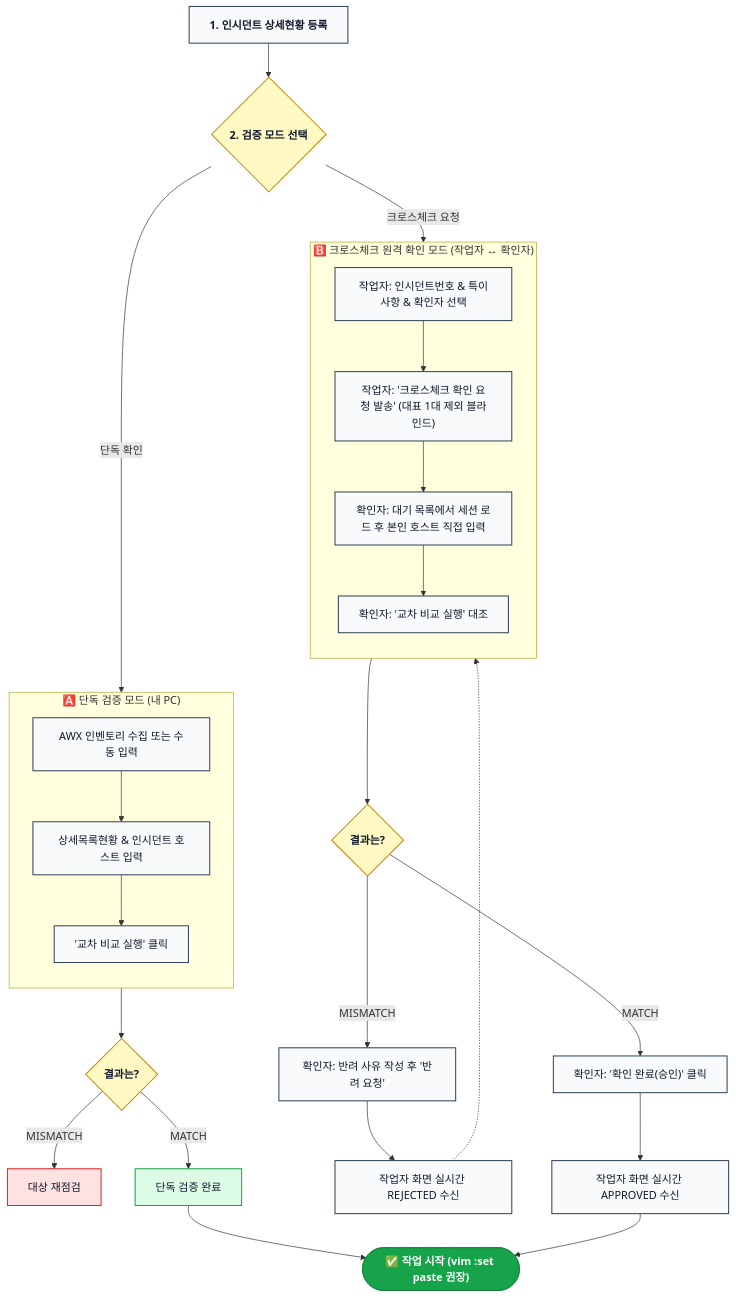
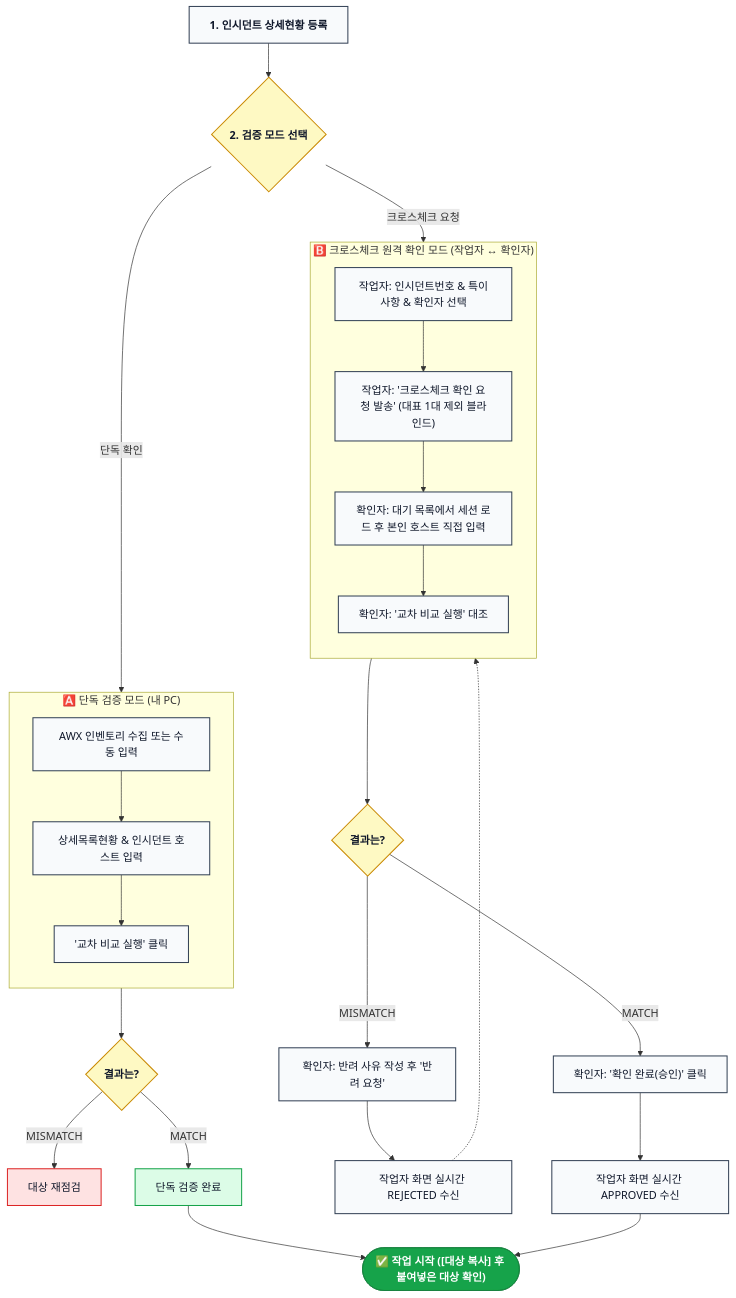
Before and after one commit to qazx2675/myrepo: the diagram in README.md, drawn with Mermaid. The commit also changed other lines of this file and 23 other files, not shown here.

````diff
--- a/README.md
+++ b/README.md
@@ -203,54 +206,54 @@
 ```mermaid
 flowchart TD
     S["<b>1. 인시던트 상세현황 등록</b>"] --> MODE{"<b>2. 검증 모드 선택</b>"}
 
     %% 단독 모드
     subgraph SINGLE ["🅰️ 단독 검증 모드 (내 PC)"]
         direction TB
         S1["AWX 인벤토리 수집 또는 수동 입력"]
         S2["상세목록현황 & 인시던트 호스트 입력"]
         S3["'교차 비교 실행' 클릭"]
         S1 --> S2 --> S3
     end
 
     %% 크로스체크 모드
     subgraph CROSS ["🅱️ 크로스체크 원격 확인 모드 (작업자 ↔ 확인자)"]
         direction TB
         C1["작업자: 인시던트번호 & 특이사항 & 확인자 선택"]
         C2["작업자: '크로스체크 확인 요청 발송' (대표 1대 제외 블라인드)"]
         C3["확인자: 대기 목록에서 세션 로드 후 본인 호스트 직접 입력"]
         C4["확인자: '교차 비교 실행' 대조"]
         C1 --> C2 --> C3 --> C4
     end
 
     MODE -->|"단독 확인"| S1
     MODE -->|"크로스체크 요청"| C1
 
     S3 --> RES1{"<b>결과는?</b>"}
     C4 --> RES2{"<b>결과는?</b>"}
 
     RES1 -->|"MISMATCH"| RETRY1["대상 재점검"]
     RES1 -->|"MATCH"| OK1["단독 검증 완료"]
 
     RES2 -->|"MISMATCH"| REJECT["확인자: 반려 사유 작성 후 '반려 요청'"]
     REJECT --> W_NOTIFY["작업자 화면 실시간 REJECTED 수신"]
     W_NOTIFY -.-> C1
 
     RES2 -->|"MATCH"| APPROVE["확인자: '확인 완료(승인)' 클릭"]
     APPROVE --> W_APPROVE["작업자 화면 실시간 APPROVED 수신"]
 
-    OK1 --> DONE(["<b>✅ 작업 시작 (vim :set paste 권장)</b>"])
+    OK1 --> DONE(["<b>✅ 작업 시작 ([대상 복사] 후 붙여넣은 대상 확인)</b>"])
     W_APPROVE --> DONE
 
     classDef step fill:#f8fafc,stroke:#334155,stroke-width:1.5px,color:#0f172a
     classDef point fill:#fef9c3,stroke:#ca8a04,stroke-width:1.5px,color:#0f172a
     classDef match fill:#dcfce7,stroke:#16a34a,stroke-width:1.5px,color:#0f172a
     classDef mismatch fill:#fee2e2,stroke:#dc2626,stroke-width:1.5px,color:#0f172a
     classDef done fill:#16a34a,stroke:#15803d,color:#ffffff
 
     class S,S1,S2,S3,C1,C2,C3,C4,REJECT,W_NOTIFY,APPROVE,W_APPROVE step
     class MODE,RES1,RES2 point
     class OK1 match
     class RETRY1 mismatch
     class DONE done
 ```
````
